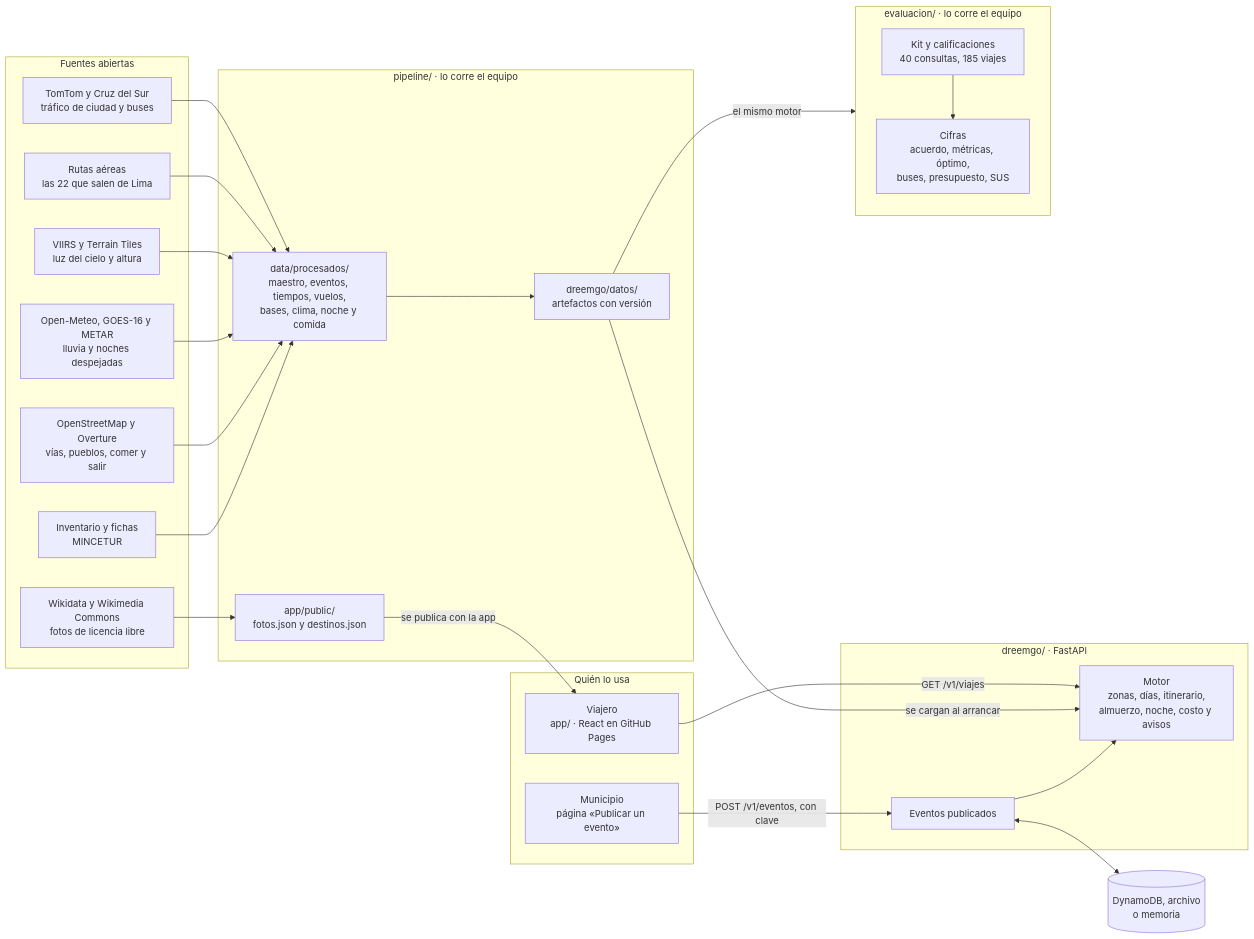
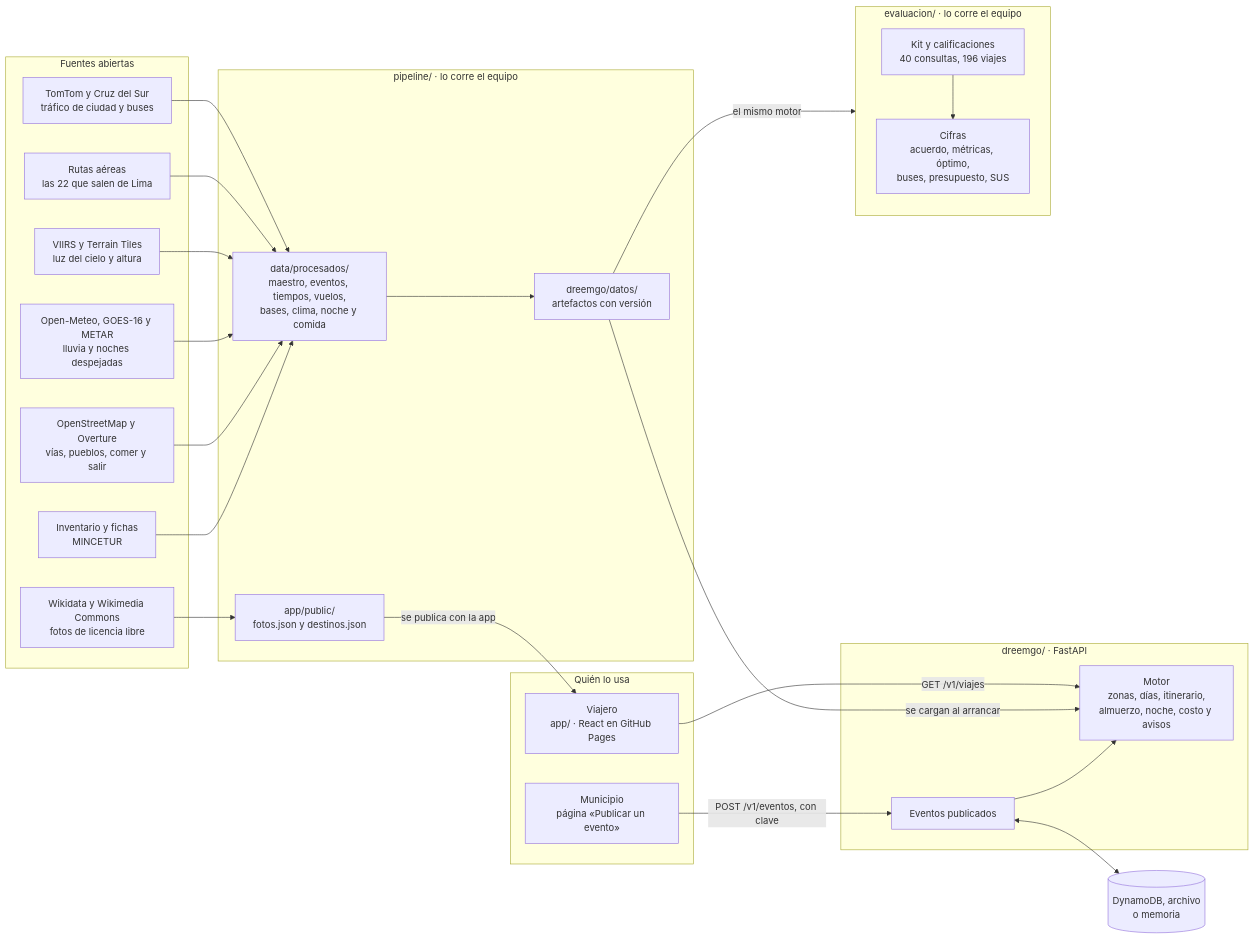
Before and after one commit to oswaldoaqm/Alejandros-Team: the first of 4 diagrams in docs/ARQUITECTURA.md, drawn with Mermaid. The commit also changed 15 other files, not shown here.

````diff
--- a/docs/ARQUITECTURA.md
+++ b/docs/ARQUITECTURA.md
@@ -9,46 +9,46 @@
 ```mermaid
 flowchart LR
     subgraph fuentes["Fuentes abiertas"]
         mincetur["Inventario y fichas<br/>MINCETUR"]
         osm["OpenStreetMap y Overture<br/>vías, pueblos, comer y salir"]
         clima["Open-Meteo, GOES-16 y METAR<br/>lluvia y noches despejadas"]
         cielo["VIIRS y Terrain Tiles<br/>luz del cielo y altura"]
         vuelos["Rutas aéreas<br/>las 22 que salen de Lima"]
         trafico["TomTom y Cruz del Sur<br/>tráfico de ciudad y buses"]
         commons["Wikidata y Wikimedia Commons<br/>fotos de licencia libre"]
     end
     subgraph pipeline["pipeline/ · lo corre el equipo"]
         procesados["data/procesados/<br/>maestro, eventos, tiempos, vuelos,<br/>bases, clima, noche y comida"]
         artefactos["dreemgo/datos/<br/>artefactos con versión"]
         publico["app/public/<br/>fotos.json y destinos.json"]
         procesados --> artefactos
     end
     mincetur --> procesados
     osm --> procesados
     clima --> procesados
     cielo --> procesados
     vuelos --> procesados
     trafico --> procesados
     commons --> publico
     subgraph usuarios["Quién lo usa"]
         app["Viajero<br/>app/ · React en GitHub Pages"]
         municipio["Municipio<br/>página «Publicar un evento»"]
     end
     subgraph api["dreemgo/ · FastAPI"]
         motor["Motor<br/>zonas, días, itinerario,<br/>almuerzo, noche, costo y avisos"]
         publicados["Eventos publicados"]
         publicados --> motor
     end
     subgraph evaluacion["evaluacion/ · lo corre el equipo"]
-        kit["Kit y calificaciones<br/>40 consultas, 185 viajes"]
+        kit["Kit y calificaciones<br/>40 consultas, 196 viajes"]
         cifras["Cifras<br/>acuerdo, métricas, óptimo,<br/>buses, presupuesto, SUS"]
         kit --> cifras
     end
     artefactos -->|"se cargan al arrancar"| motor
     artefactos -->|"el mismo motor"| evaluacion
     publico -->|"se publica con la app"| app
     app -->|"GET /v1/viajes"| motor
     municipio -->|"POST /v1/eventos, con clave"| publicados
     almacen[("DynamoDB, archivo<br/>o memoria")]
     publicados <--> almacen
 ```
````
